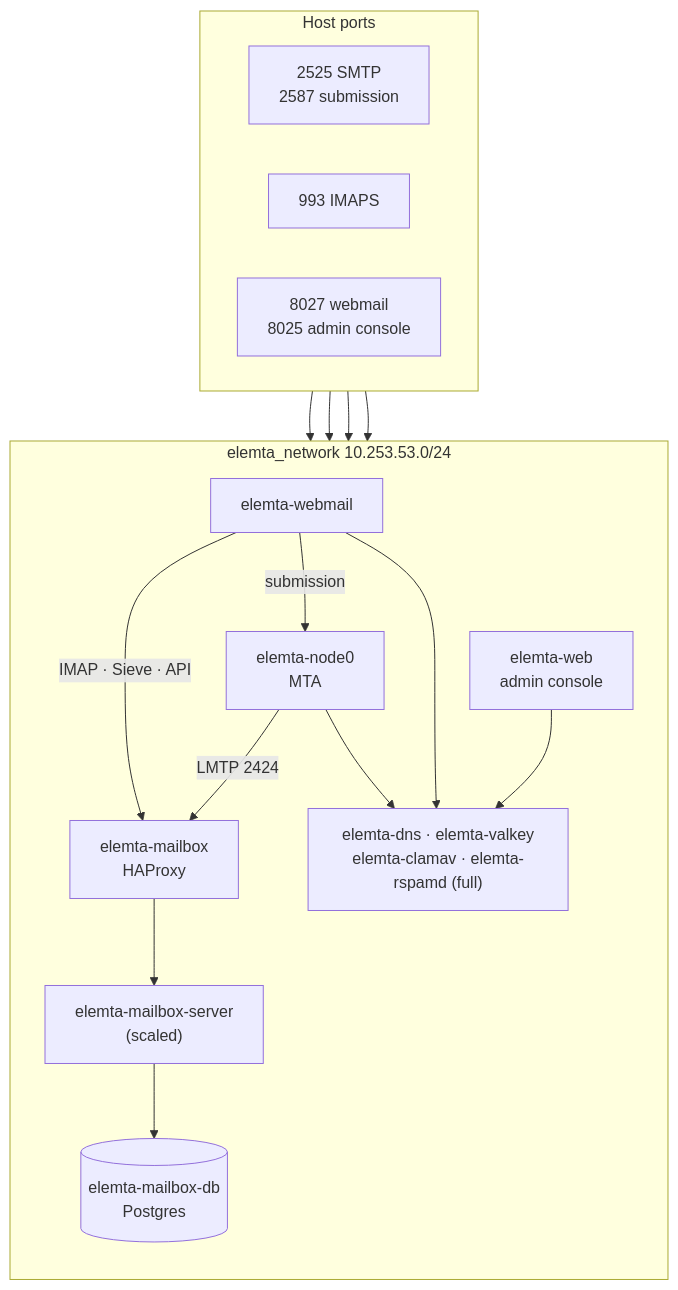
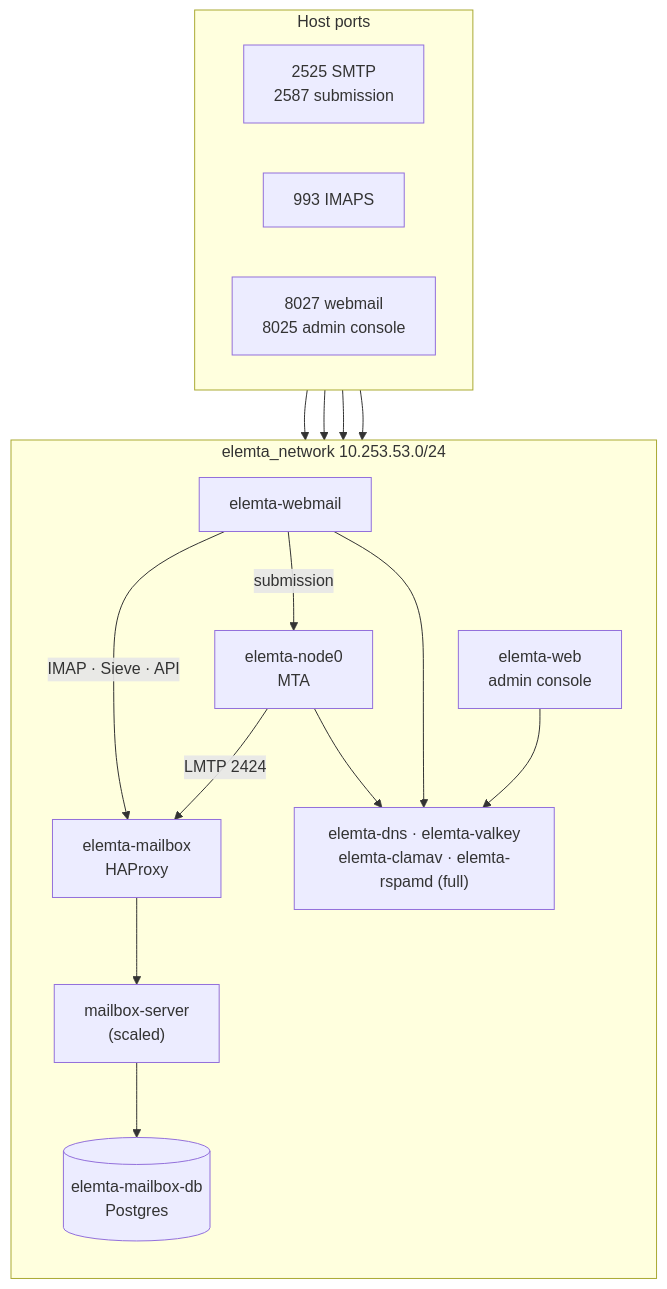
Before and after one commit to EvalAlan/elemta: the diagram in docs/diagrams/compose.mmd, drawn with Mermaid. The commit also changed 15 other files, not shown here.

```diff
--- a/docs/diagrams/compose.mmd
+++ b/docs/diagrams/compose.mmd
@@ -1,28 +1,28 @@
 flowchart TB
     subgraph host["Host ports"]
         direction LR
         pmail["2525 SMTP<br/>2587 submission"]
         pimap["993 IMAPS"]
         pweb["8027 webmail<br/>8025 admin console"]
     end
 
     subgraph net["elemta_network 10.253.53.0/24"]
         direction TB
         node0["elemta-node0<br/>MTA"]
         webmail["elemta-webmail"]
         web["elemta-web<br/>admin console"]
         haproxy["elemta-mailbox<br/>HAProxy"]
-        replicas["elemta-mailbox-server<br/>(scaled)"]
+        replicas["mailbox-server<br/>(scaled)"]
         db[("elemta-mailbox-db<br/>Postgres")]
         support["elemta-dns · elemta-valkey<br/>elemta-clamav · elemta-rspamd (full)"]
     end
 
     pmail --> node0
     pweb --> webmail
     pweb --> web
     pimap --> haproxy
     webmail -->|"submission"| node0
     webmail -->|"IMAP · Sieve · API"| haproxy
     node0 -->|"LMTP 2424"| haproxy
     haproxy --> replicas --> db
     node0 & webmail & web --> support
```
